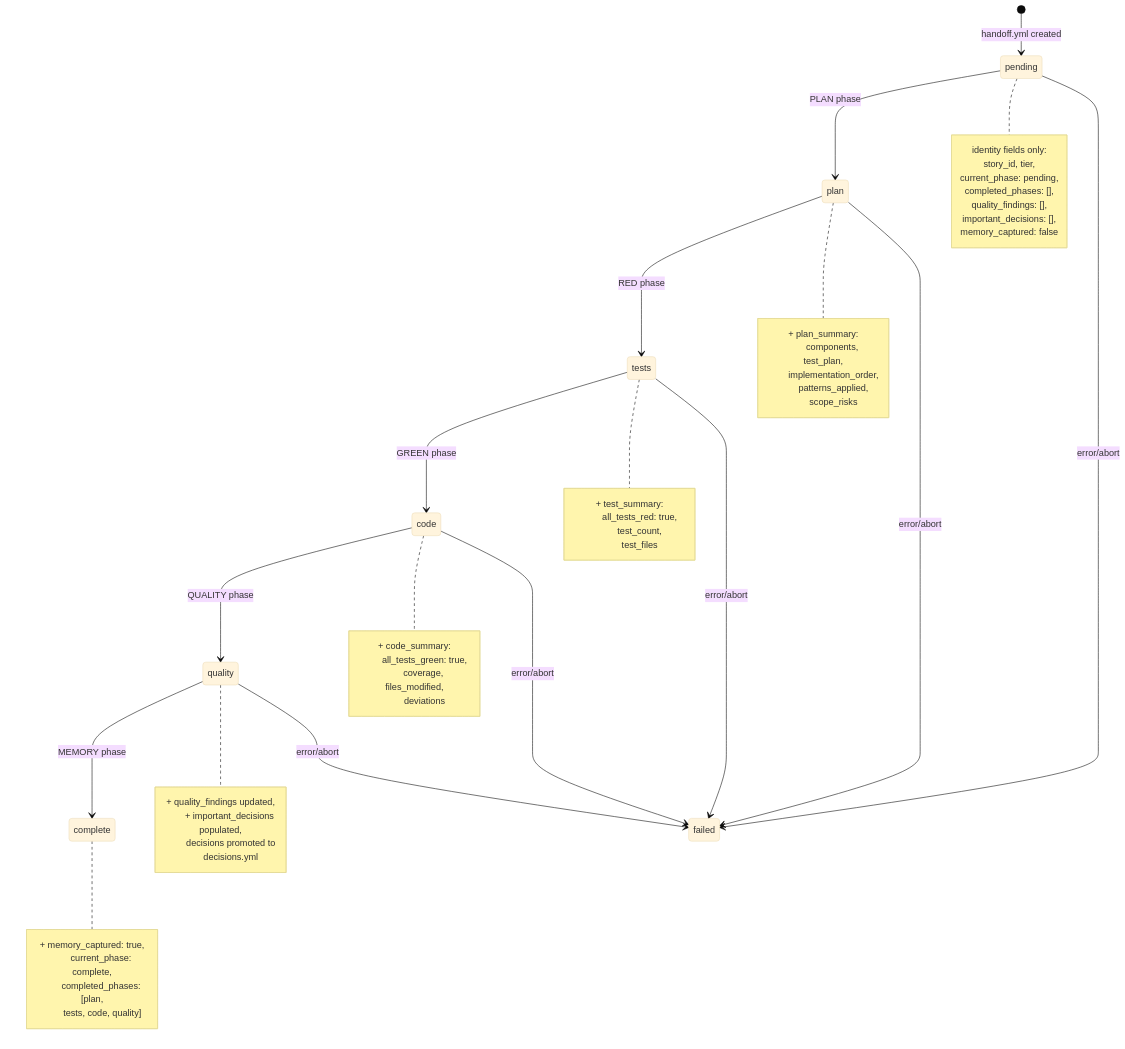
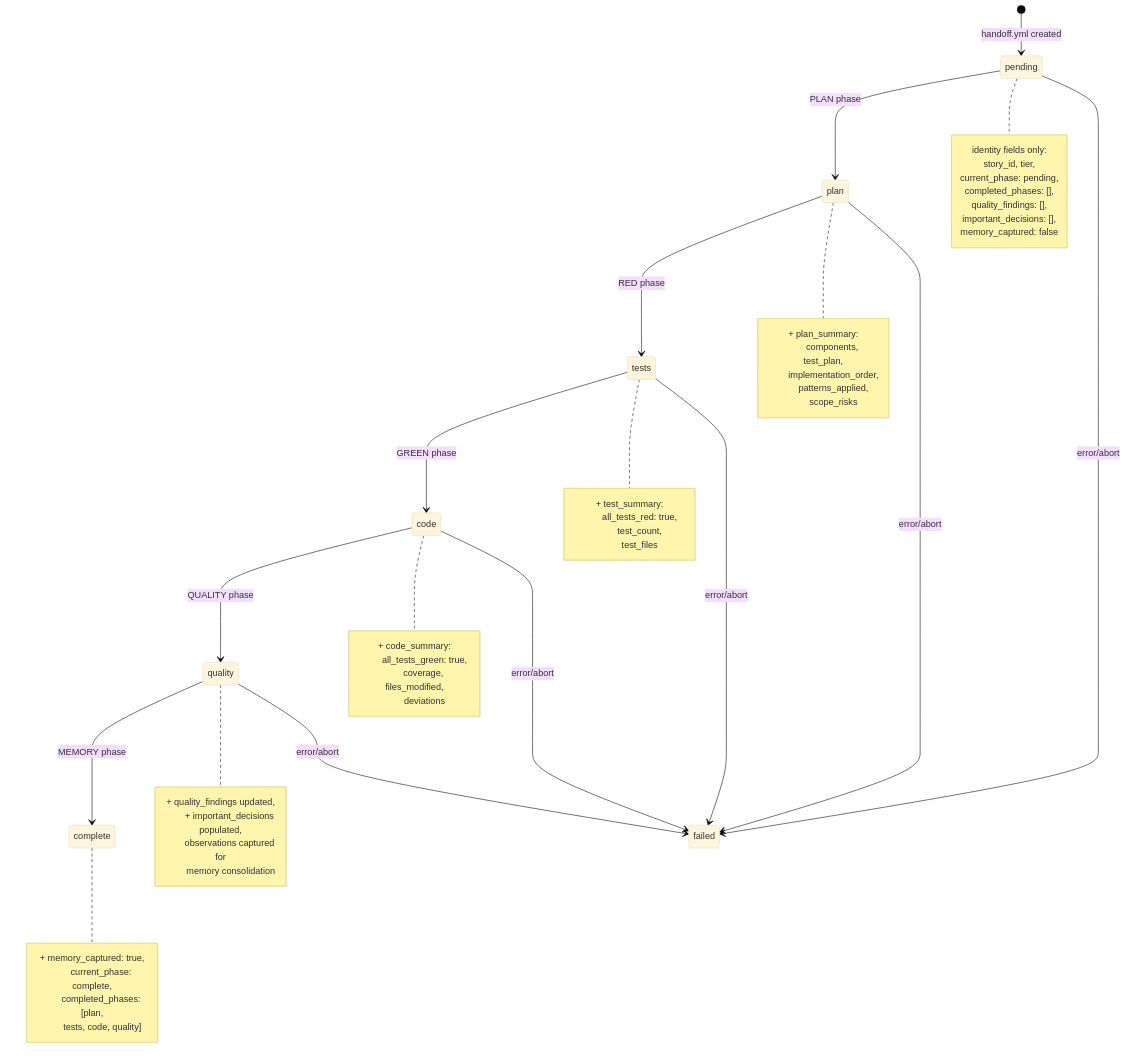
One commit to im-shashanks/claude-skills changed the diagram in shaktra/diagrams/31-handoff-schema-evolution.md. Above: the diagram before and after it, drawn with Mermaid (base theme). The commit also changed 83 other files, not shown here.

````diff
--- a/shaktra/diagrams/31-handoff-schema-evolution.md
+++ b/shaktra/diagrams/31-handoff-schema-evolution.md
@@ -5,61 +5,61 @@
 ```mermaid
 stateDiagram-v2
     [*] --> pending: handoff.yml created
 
     pending --> plan: PLAN phase
     note right of pending
         identity fields only:
         story_id, tier,
         current_phase: pending,
         completed_phases: [],
         quality_findings: [],
         important_decisions: [],
         memory_captured: false
     end note
 
     plan --> tests: RED phase
     note right of plan
         + plan_summary:
         components, test_plan,
         implementation_order,
         patterns_applied,
         scope_risks
     end note
 
     tests --> code: GREEN phase
     note right of tests
         + test_summary:
         all_tests_red: true,
         test_count,
         test_files
     end note
 
     code --> quality: QUALITY phase
     note right of code
         + code_summary:
         all_tests_green: true,
         coverage, files_modified,
         deviations
     end note
 
     quality --> complete: MEMORY phase
     note right of quality
         + quality_findings updated,
         + important_decisions populated,
-        decisions promoted to
-        decisions.yml
+        observations captured for
+        memory consolidation
     end note
 
     note right of complete
         + memory_captured: true,
         current_phase: complete,
         completed_phases: [plan,
         tests, code, quality]
     end note
 
     pending --> failed: error/abort
     plan --> failed: error/abort
     tests --> failed: error/abort
     code --> failed: error/abort
     quality --> failed: error/abort
 ```
````
